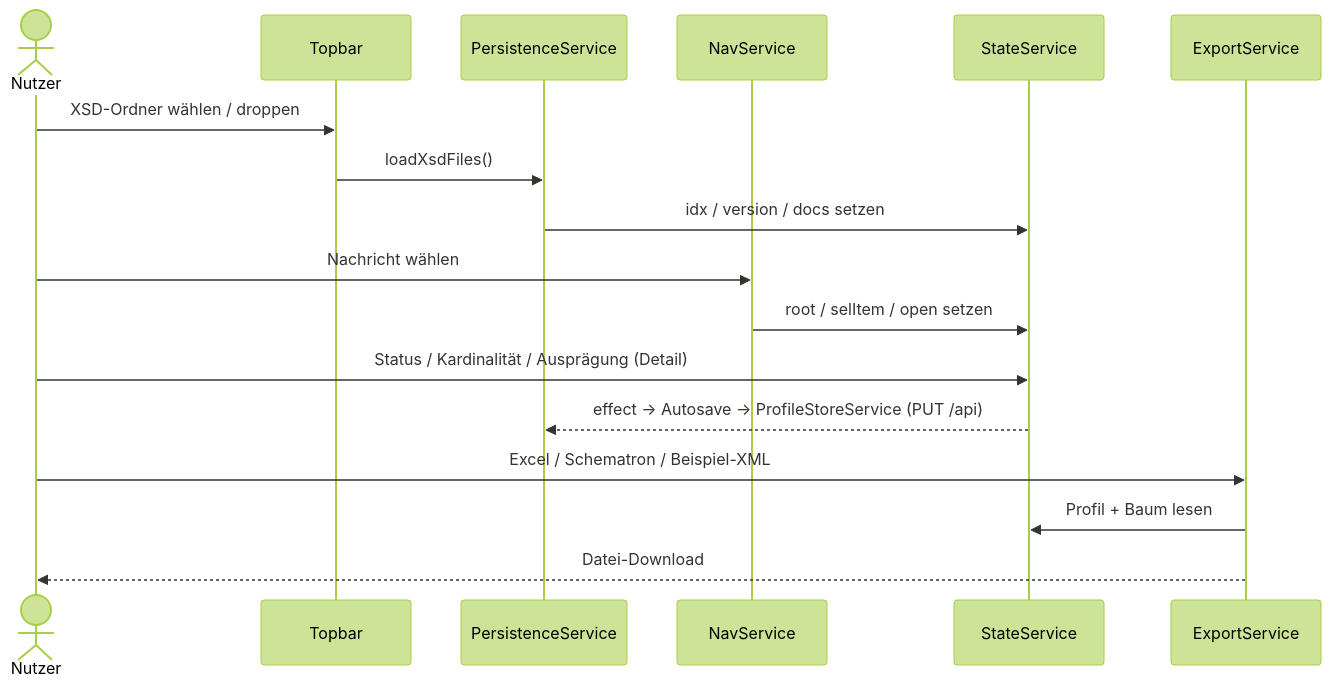
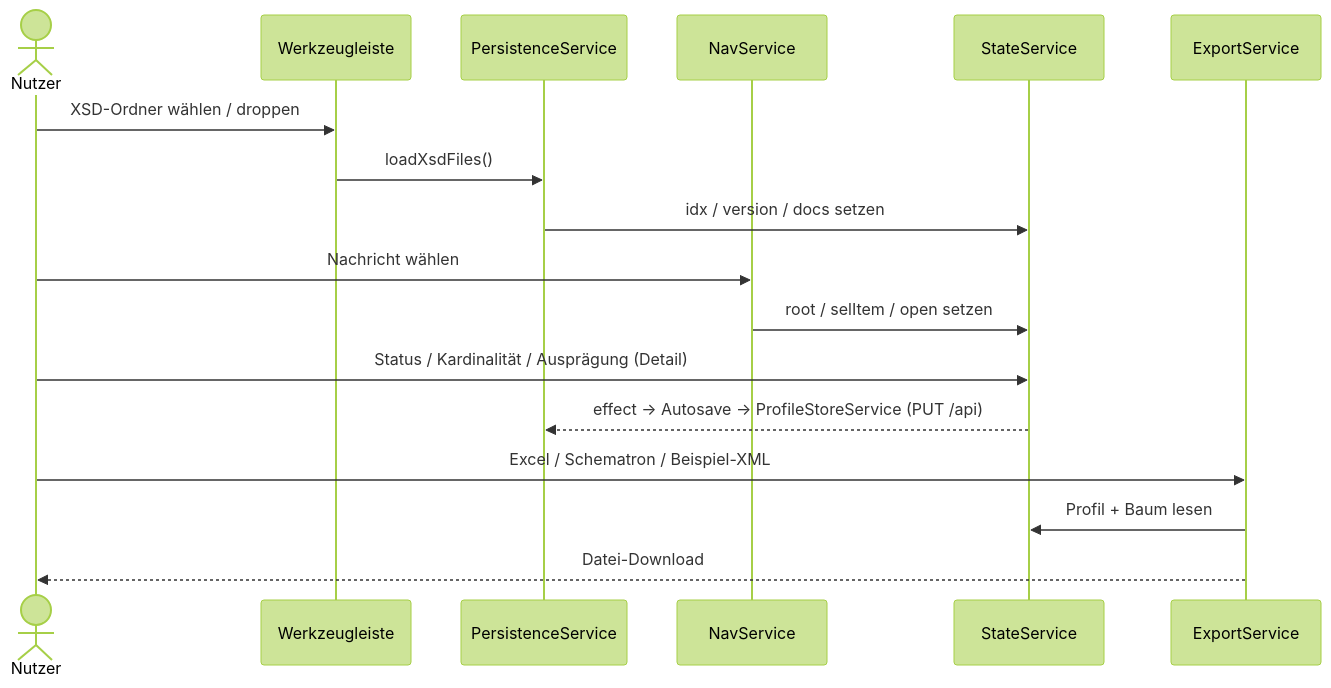
Before and after one commit to FinnFreiheit/Profilierer: the third of 4 diagrams in docs/architecture.md, drawn with Mermaid (forest theme). The commit also changed other lines of this file and 19 other files, not shown here.

````diff
--- a/docs/architecture.md
+++ b/docs/architecture.md
@@ -63,19 +63,19 @@
 ```mermaid
 sequenceDiagram
   actor U as Nutzer
-  participant TB as Topbar
+  participant TB as Werkzeugleiste
   participant PS as PersistenceService
   participant NV as NavService
   participant ST as StateService
   participant EX as ExportService
   U->>TB: XSD-Ordner wählen / droppen
   TB->>PS: loadXsdFiles()
   PS->>ST: idx / version / docs setzen
   U->>NV: Nachricht wählen
   NV->>ST: root / selItem / open setzen
   U->>ST: Status / Kardinalität / Ausprägung (Detail)
   ST-->>PS: effect → Autosave → ProfileStoreService (PUT /api)
   U->>EX: Excel / Schematron / Beispiel-XML
   EX->>ST: Profil + Baum lesen
   EX-->>U: Datei-Download
 ```
````
